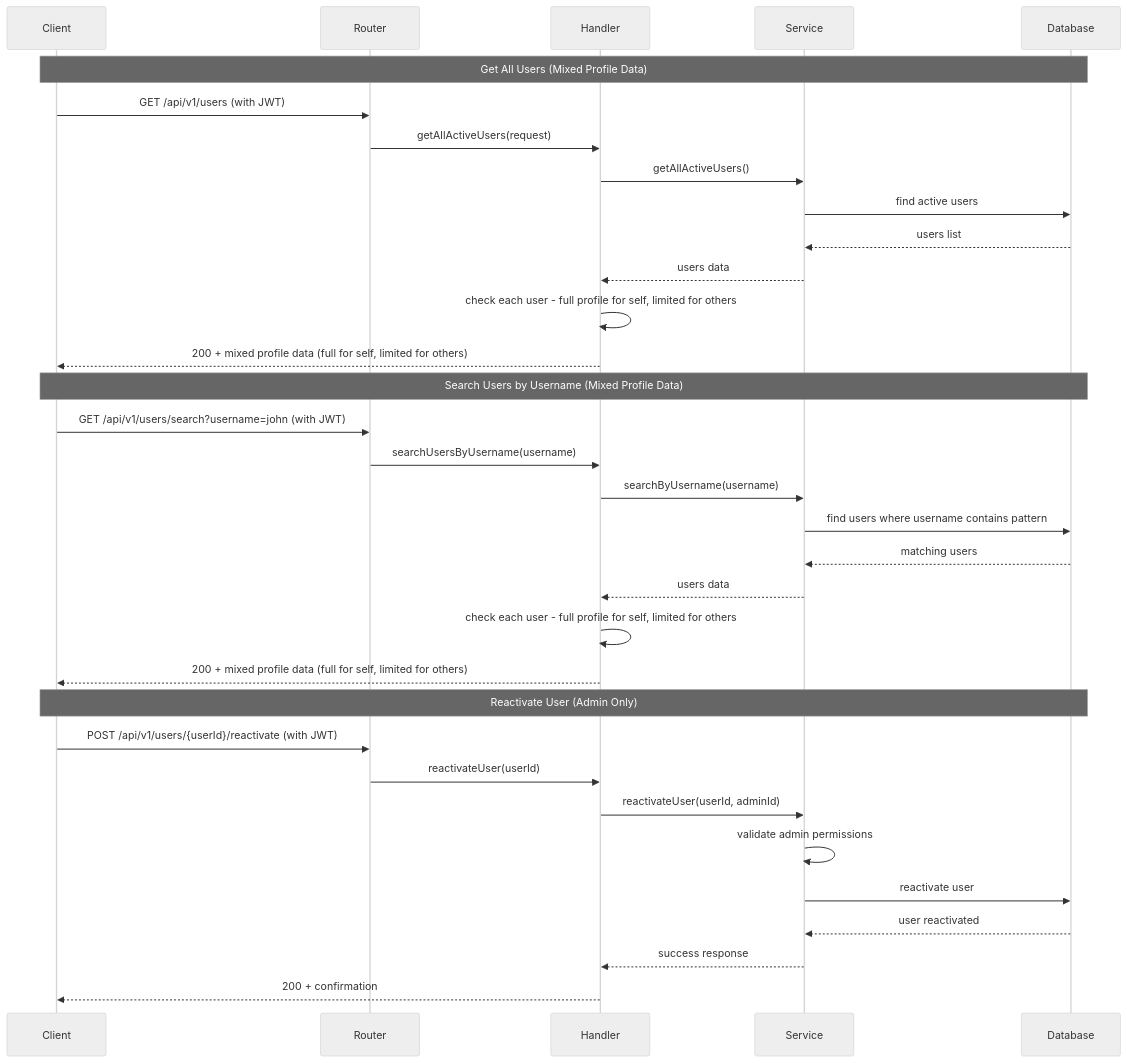
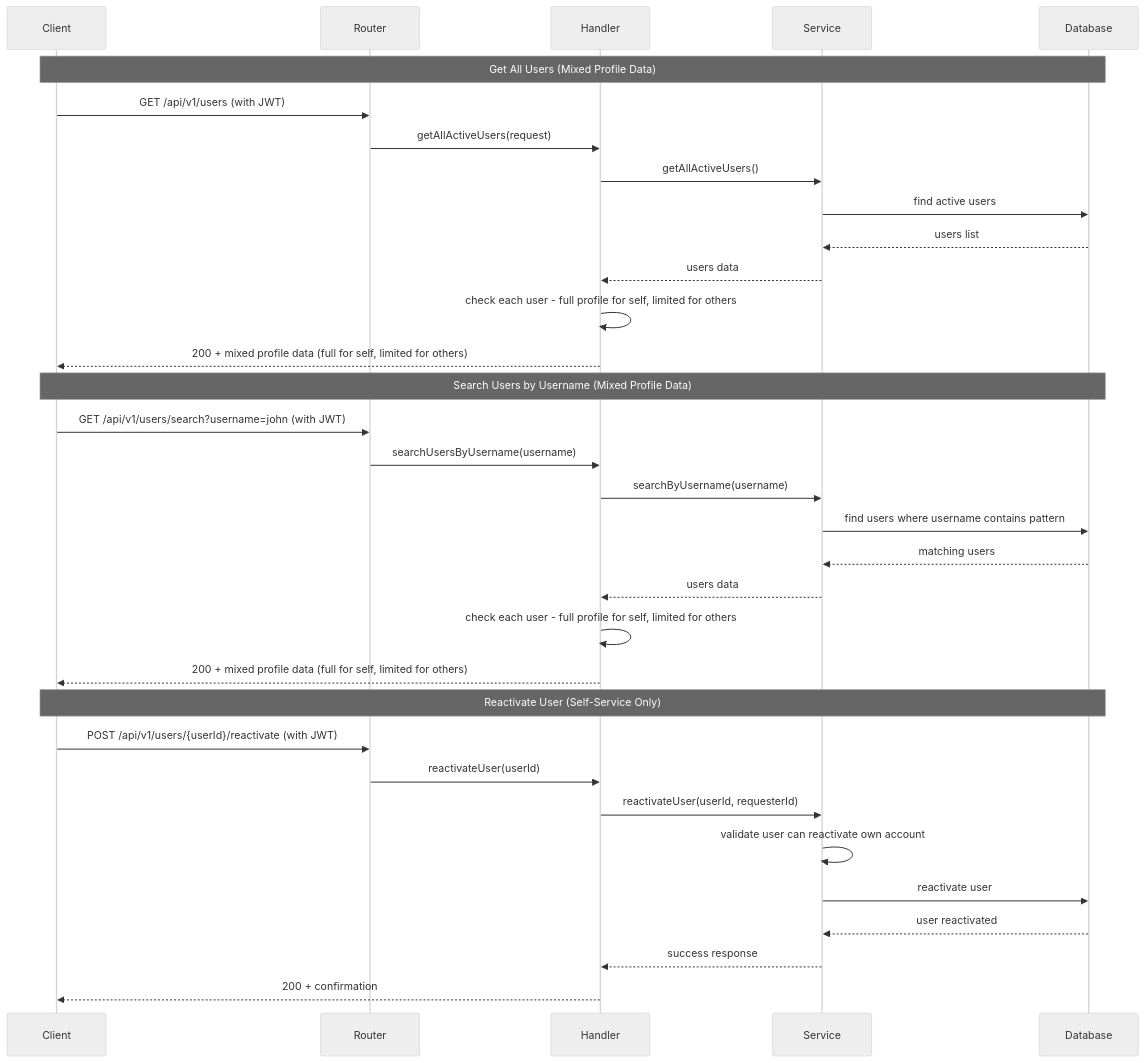
The seventh of 7 diagrams in docs/architecture-diagram.md (pranavskurup/backend-coding-challenge), drawn with Mermaid (neutral theme) before and after one commit. The commit also changed other lines of this file, not shown here.

Commit message:
docs: Update user management flows section to clarify admin role implementation and add detailed TODOs for future enhancements

````diff
--- a/docs/architecture-diagram.md
+++ b/docs/architecture-diagram.md
@@ -373,38 +375,38 @@
 ```mermaid
 sequenceDiagram
     participant C as Client
     participant R as Router
     participant H as Handler
     participant S as Service
     participant DB as Database
 
     Note over C,DB: Get All Users (Mixed Profile Data)
     C->>R: GET /api/v1/users (with JWT)
     R->>H: getAllActiveUsers(request)
     H->>S: getAllActiveUsers()
     S->>DB: find active users
     DB-->>S: users list
     S-->>H: users data
     H->>H: check each user - full profile for self, limited for others
     H-->>C: 200 + mixed profile data (full for self, limited for others)
 
     Note over C,DB: Search Users by Username (Mixed Profile Data)
     C->>R: GET /api/v1/users/search?username=john (with JWT)
     R->>H: searchUsersByUsername(username)
     H->>S: searchByUsername(username)
     S->>DB: find users where username contains pattern
     DB-->>S: matching users
     S-->>H: users data
     H->>H: check each user - full profile for self, limited for others
     H-->>C: 200 + mixed profile data (full for self, limited for others)
 
-    Note over C,DB: Reactivate User (Admin Only)
+    Note over C,DB: Reactivate User (Self-Service Only)
     C->>R: POST /api/v1/users/{userId}/reactivate (with JWT)
     R->>H: reactivateUser(userId)
-    H->>S: reactivateUser(userId, adminId)
-    S->>S: validate admin permissions
+    H->>S: reactivateUser(userId, requesterId)
+    S->>S: validate user can reactivate own account
     S->>DB: reactivate user
     DB-->>S: user reactivated
     S-->>H: success response
     H-->>C: 200 + confirmation
 ```
````
